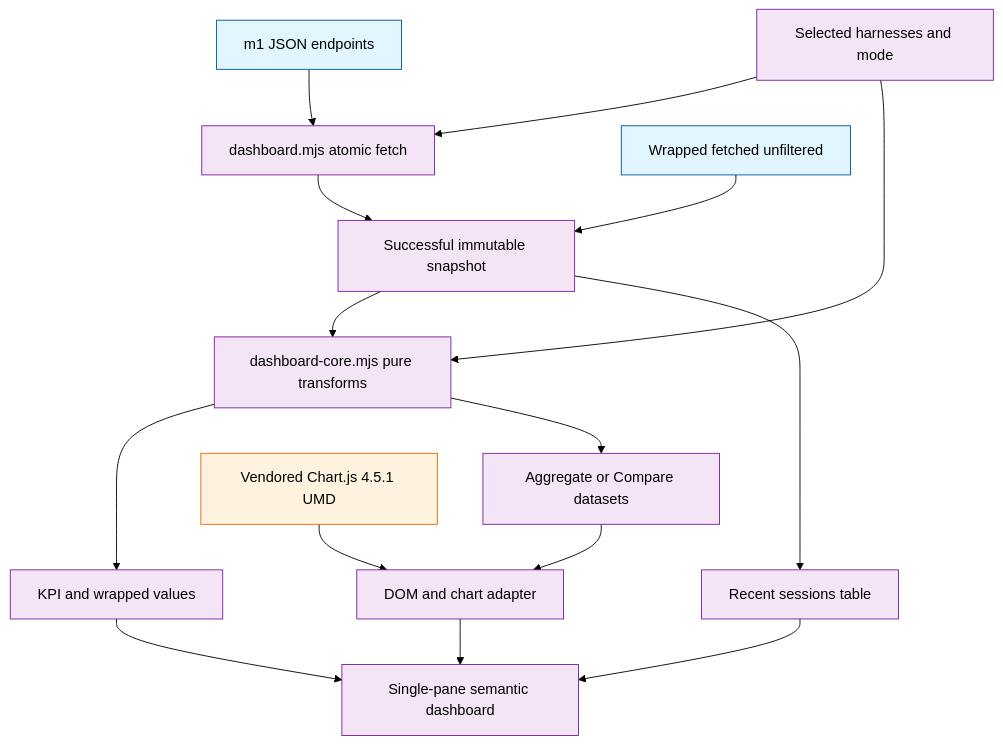
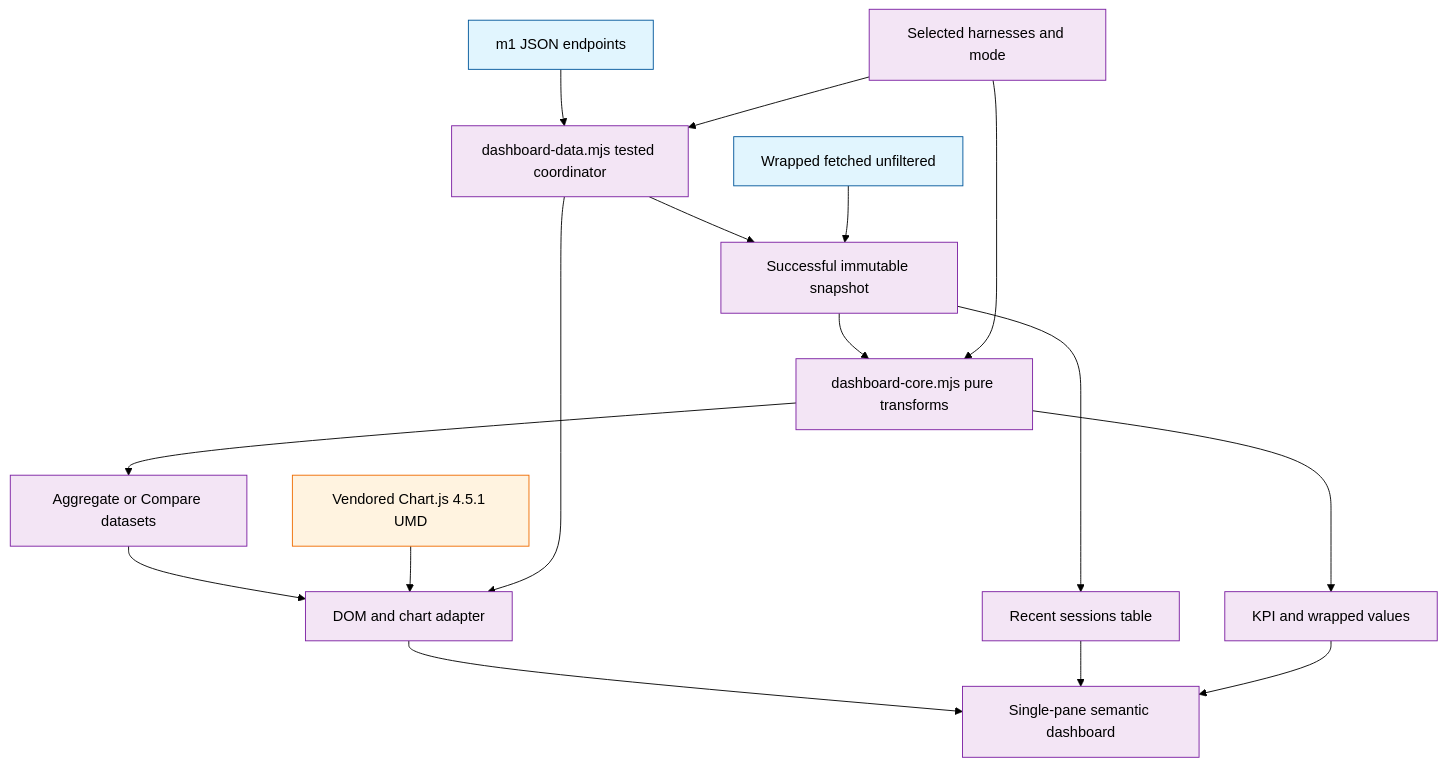
One commit to Texarkanine/stockroom changed the diagram in memory-bank/active/tasks.md. Above: the diagram before and after it, drawn with Mermaid (forest theme). The commit also changed other lines of this file and 3 other files, not shown here.

````diff
--- a/memory-bank/active/tasks.md
+++ b/memory-bank/active/tasks.md
@@ -15,21 +15,22 @@
 ```mermaid
 graph TD
     classDef existing fill:#e1f5fe,stroke:#01579b;
     classDef new fill:#f3e5f5,stroke:#7b1fa2;
     classDef thirdParty fill:#fff3e0,stroke:#ef6c00;
 
-    API["m1 JSON endpoints"]:::existing --> Fetch["dashboard.mjs atomic fetch"]:::new
-    Fetch --> Snapshot["Successful immutable snapshot"]:::new
+    API["m1 JSON endpoints"]:::existing --> Data["dashboard-data.mjs tested coordinator"]:::new
+    Data --> Snapshot["Successful immutable snapshot"]:::new
     Snapshot --> Core["dashboard-core.mjs pure transforms"]:::new
-    State["Selected harnesses and mode"]:::new --> Fetch
+    State["Selected harnesses and mode"]:::new --> Data
     State --> Core
     Core --> Cards["KPI and wrapped values"]:::new
     Core --> Datasets["Aggregate or Compare datasets"]:::new
     Datasets --> Adapter["DOM and chart adapter"]:::new
     Chart["Vendored Chart.js 4.5.1 UMD"]:::thirdParty --> Adapter
+    Data --> Adapter
     Adapter --> Page["Single-pane semantic dashboard"]:::new
     Snapshot --> Table["Recent sessions table"]:::new
     Table --> Page
     Cards --> Page
     Wrapped["Wrapped fetched unfiltered"]:::existing --> Snapshot
 ```
````
